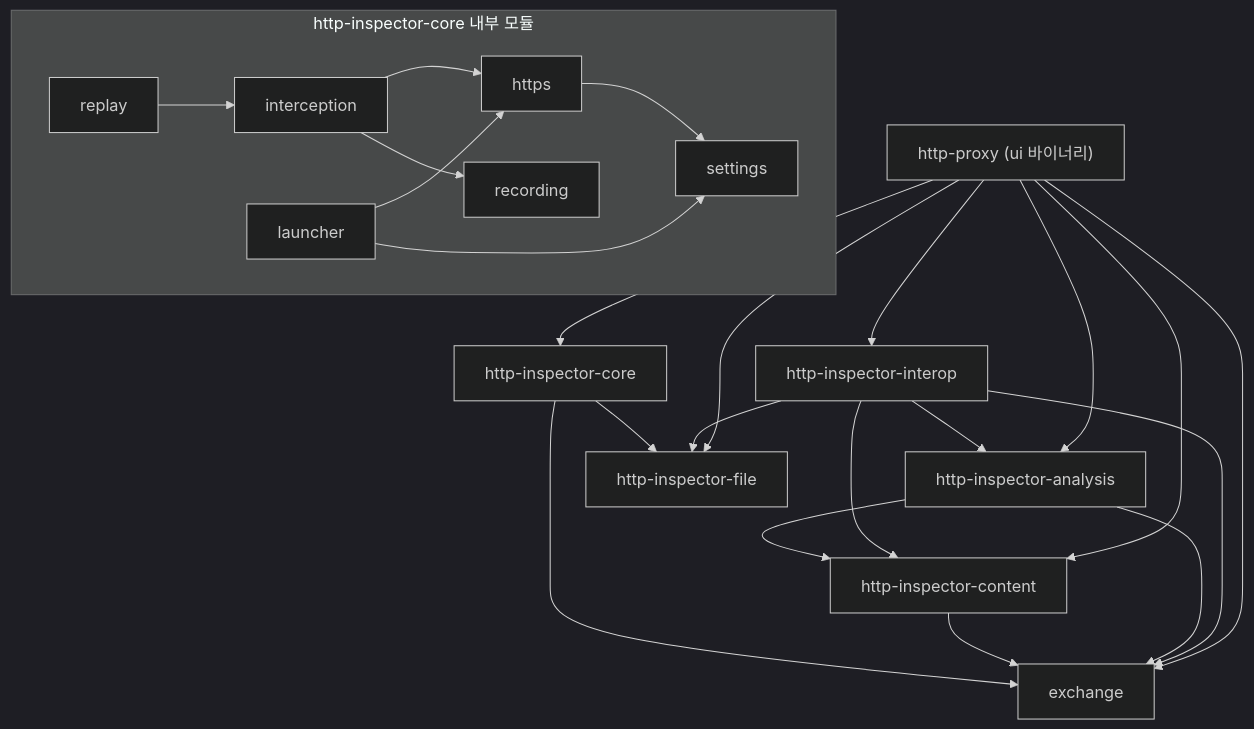
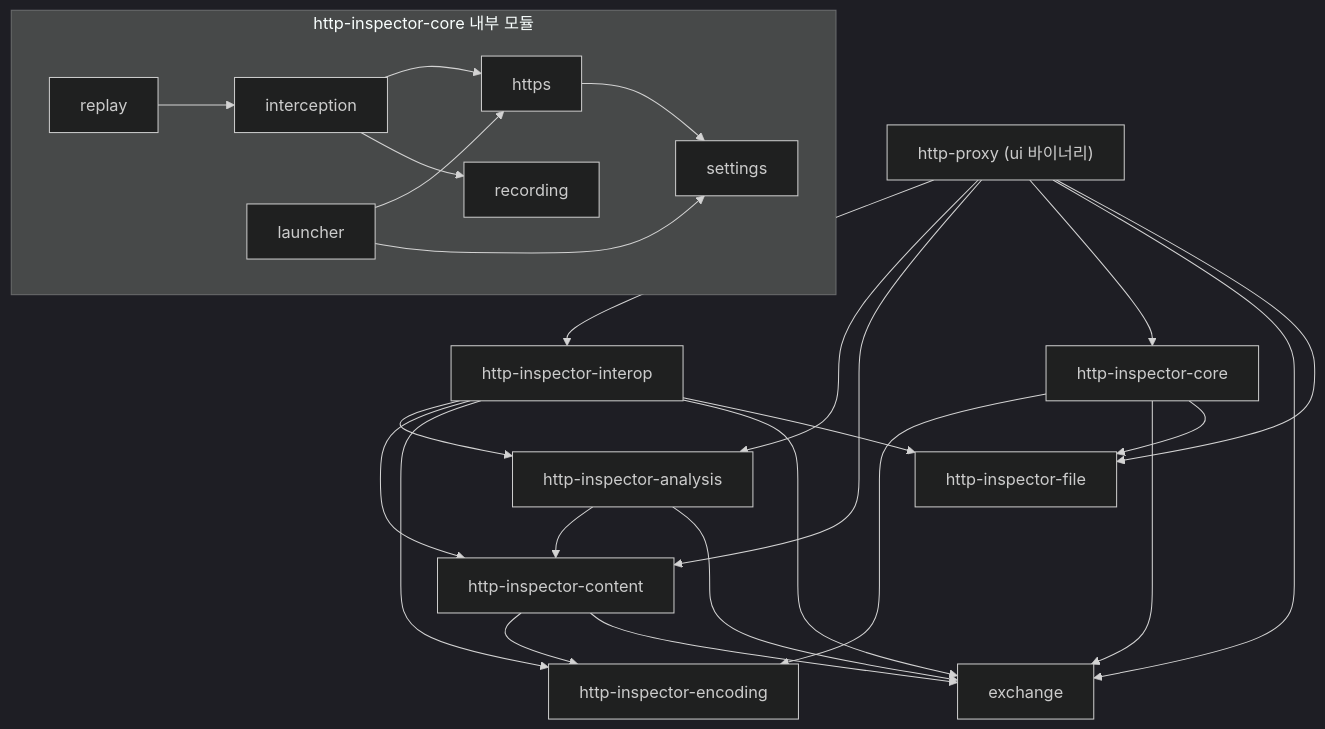
The diagram in docs/development.md (leedonggyu1848/http_proxy), drawn with Mermaid (dark theme) before and after one commit. The commit also changed other lines of this file and 14 other files, not shown here.

First line of the commit message:
refactor: share HTTP content encoding parsing and decoding

````diff
--- a/docs/development.md
+++ b/docs/development.md
@@ -107,15 +108,16 @@
 ```mermaid
 graph TD
   ui["http-proxy (ui 바이너리)"] --> interop & analysis & content & core & exchange & file
-  interop["http-inspector-interop"] --> analysis & content & exchange & file
+  interop["http-inspector-interop"] --> analysis & content & encoding & exchange & file
   analysis["http-inspector-analysis"] --> content & exchange
-  content["http-inspector-content"] --> exchange
-  core["http-inspector-core"] --> exchange & file["http-inspector-file"]
+  content["http-inspector-content"] --> encoding & exchange
+  core["http-inspector-core"] --> encoding & exchange & file["http-inspector-file"]
+  encoding["http-inspector-encoding"]
 
   subgraph core_inner["http-inspector-core 내부 모듈"]
     replay --> interception
     interception --> https & recording
     launcher --> https & settings
     https --> settings
   end
 ```
````
